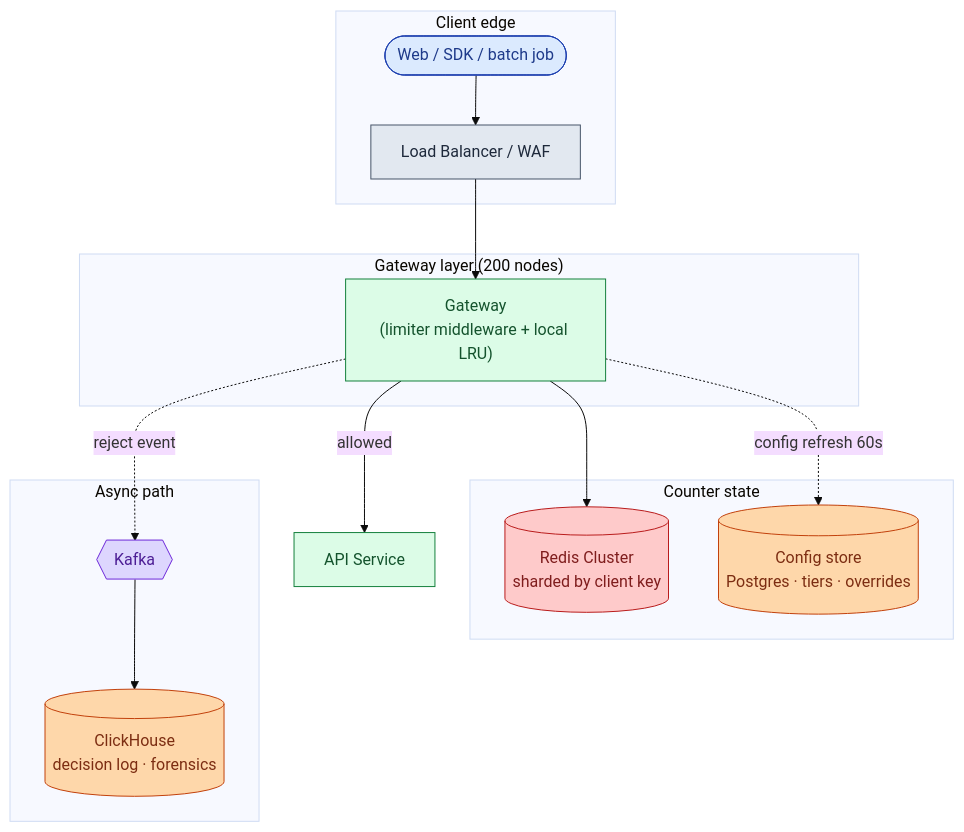
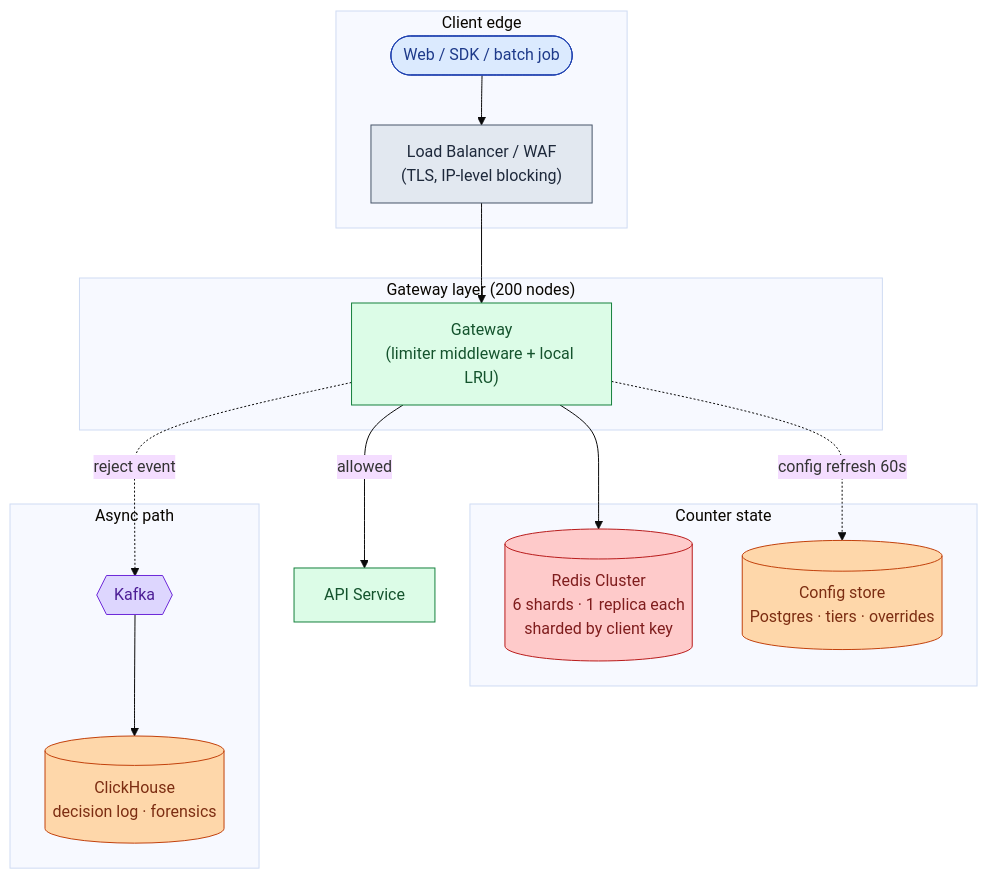
The ninth of 12 diagrams in problems/004-rate-limiter/question.md (shiningflash/system-design), drawn with Mermaid (base theme) before and after one commit. The commit also changed other lines of this file and 37 other files, not shown here.

````diff
--- a/problems/004-rate-limiter/question.md
+++ b/problems/004-rate-limiter/question.md
@@ -263,38 +332,38 @@
 ```mermaid
 flowchart TB
     subgraph Edge["Client edge"]
         C([Web / SDK / batch job]):::user
-        LB["Load Balancer / WAF"]:::edge
+        LB["Load Balancer / WAF<br/>(TLS, IP-level blocking)"]:::edge
     end
 
     subgraph GWLayer["Gateway layer (200 nodes)"]
         GW["Gateway<br/>(limiter middleware + local LRU)"]:::app
     end
 
     subgraph State["Counter state"]
-        R[("Redis Cluster<br/>sharded by client key")]:::cache
+        R[("Redis Cluster<br/>6 shards · 1 replica each<br/>sharded by client key")]:::cache
         CFG[("Config store<br/>Postgres · tiers · overrides")]:::db
     end
 
     subgraph Async["Async path"]
         K{{"Kafka"}}:::queue
         CH[("ClickHouse<br/>decision log · forensics")]:::db
     end
 
     API["API Service"]:::app
 
     C --> LB
     LB --> GW
     GW --> R
     GW -.config refresh 60s.-> CFG
     GW -->|allowed| API
     GW -.reject event.-> K
     K --> CH
 
     classDef user  fill:#dbeafe,stroke:#1e40af,color:#1e3a8a
     classDef edge  fill:#e2e8f0,stroke:#475569,color:#1e293b
     classDef app   fill:#dcfce7,stroke:#15803d,color:#14532d
     classDef db    fill:#fed7aa,stroke:#c2410c,color:#7c2d12
     classDef cache fill:#fecaca,stroke:#b91c1c,color:#7f1d1d
     classDef queue fill:#ddd6fe,stroke:#6d28d9,color:#4c1d95
 ```
````
